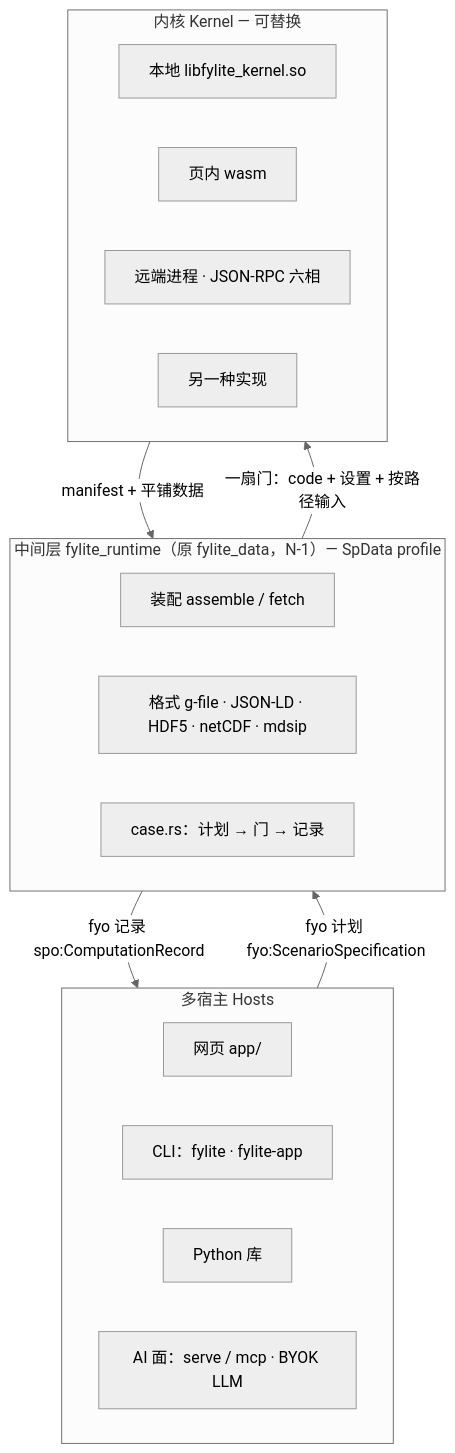
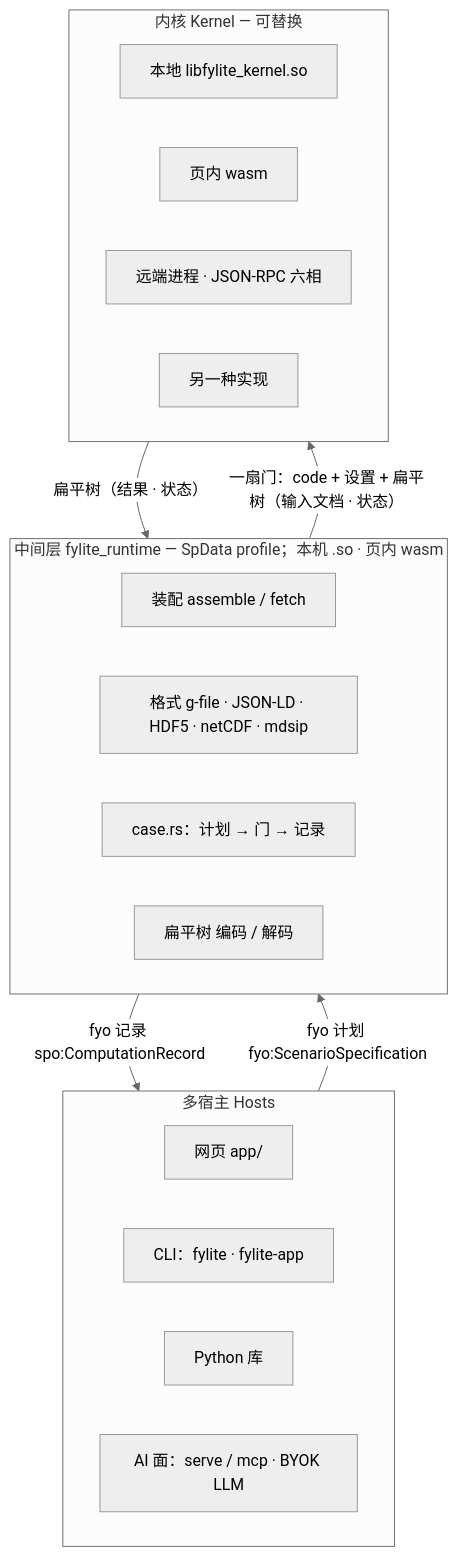
Before and after one commit to fusion-yun/fylite: the diagram in docs/design/FYL-DESIGN-16.md, drawn with Mermaid (neutral theme). The commit also changed other lines of this file and 3 other files, not shown here.

````diff
--- a/docs/design/FYL-DESIGN-16.md
+++ b/docs/design/FYL-DESIGN-16.md
@@ -176,24 +149,25 @@
 ```{mermaid}
 flowchart TB
   subgraph F[多宿主 Hosts]
     GUI[网页 app/]
     CLI[CLI：fylite · fylite-app]
     PY[Python 库]
     AI[AI 面：serve / mcp · BYOK LLM]
   end
-  subgraph D[中间层 fylite_runtime（原 fylite_data，N-1）— SpData profile]
+  subgraph D[中间层 fylite_runtime — SpData profile；本机 .so · 页内 wasm]
     ASM[装配 assemble / fetch]
     FMT[格式 g-file · JSON-LD · HDF5 · netCDF · mdsip]
     CASE[case.rs：计划 → 门 → 记录]
+    TREE[扁平树 编码 / 解码]
   end
   subgraph K[内核 Kernel — 可替换]
     LOCAL[本地 libfylite_kernel.so]
     WASM[页内 wasm]
     REMOTE[远端进程 · JSON-RPC 六相]
     OTHER[另一种实现]
   end
   F -->|fyo 计划 fyo:ScenarioSpecification| D
-  D -->|一扇门：code + 设置 + 按路径输入| K
-  K -->|manifest + 平铺数据| D
+  D -->|一扇门：code + 设置 + 扁平树（输入文档 · 状态）| K
+  K -->|扁平树（结果 · 状态）| D
   D -->|fyo 记录 spo:ComputationRecord| F
 ```
````
